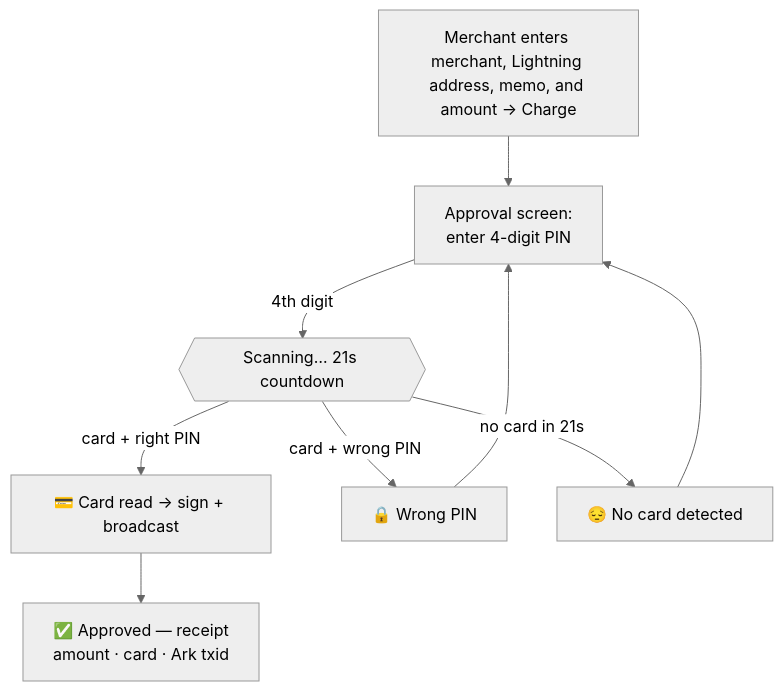
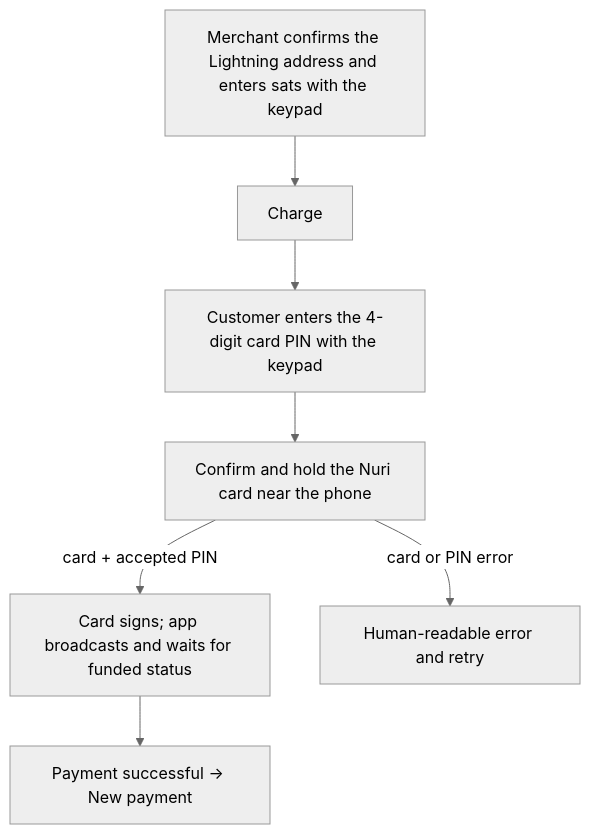
One commit to nuri-com/nuri-passkey-prf-smartcard changed the fourth of 6 diagrams in README.md. Above: the diagram before and after it, drawn with Mermaid (neutral theme). The commit also changed 12 other files, not shown here.

Commit message:
feat: polish Expo card terminal flow

````diff
--- a/README.md
+++ b/README.md
@@ -302,9 +302,9 @@
 ```mermaid
 flowchart TD
-  A["Merchant enters merchant, Lightning address, memo, and amount → Charge"] --> B["Approval screen:<br/>enter 4-digit PIN"]
-  B -->|"4th digit"| C{{"Scanning… 21s countdown"}}
-  C -->|"card + right PIN"| D["💳 Card read → sign + broadcast"]
-  C -->|"card + wrong PIN"| E["🔒 Wrong PIN"] --> B
-  C -->|"no card in 21s"| F["😔 No card detected"] --> B
-  D --> G["✅ Approved — receipt<br/>amount · card · Ark txid"]
+  A["Merchant confirms the Lightning address and enters sats with the keypad"] --> B["Charge"]
+  B --> C["Customer enters the 4-digit card PIN with the keypad"]
+  C --> D["Confirm and hold the Nuri card near the phone"]
+  D -->|"card + accepted PIN"| E["Card signs; app broadcasts and waits for funded status"]
+  D -->|"card or PIN error"| F["Human-readable error and retry"]
+  E --> G["Payment successful → New payment"]
 ```
````
